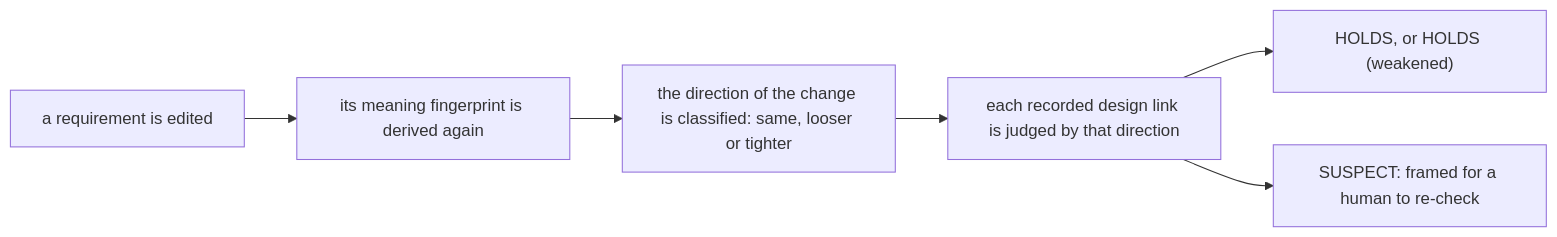
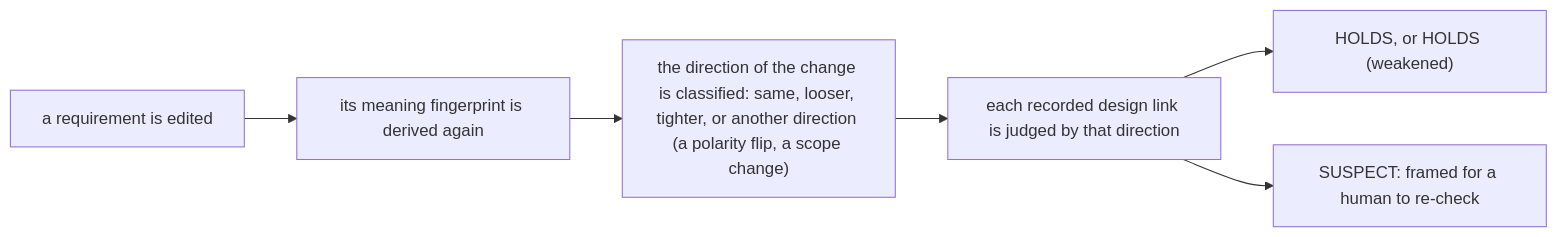
The diagram in README.md (autox-my/req), drawn with Mermaid before and after one commit. The commit also changed other lines of this file and 1 other file, not shown here.

First line of the commit message:
docs: three releases, not two; the Mermaid names every direction; direction-v4's PURE pairs are pinned by Zenodo record (P-1 review 1)

````diff
--- a/README.md
+++ b/README.md
@@ -47,8 +47,8 @@
 ```mermaid
 flowchart LR
     A["a requirement is edited"] --> B["its meaning fingerprint is derived again"]
-    B --> C["the direction of the change is classified: same, looser or tighter"]
+    B --> C["the direction of the change is classified: same, looser, tighter, or another direction (a polarity flip, a scope change)"]
     C --> D["each recorded design link is judged by that direction"]
     D --> E["HOLDS, or HOLDS (weakened)"]
     D --> F["SUSPECT: framed for a human to re-check"]
 ```
````
